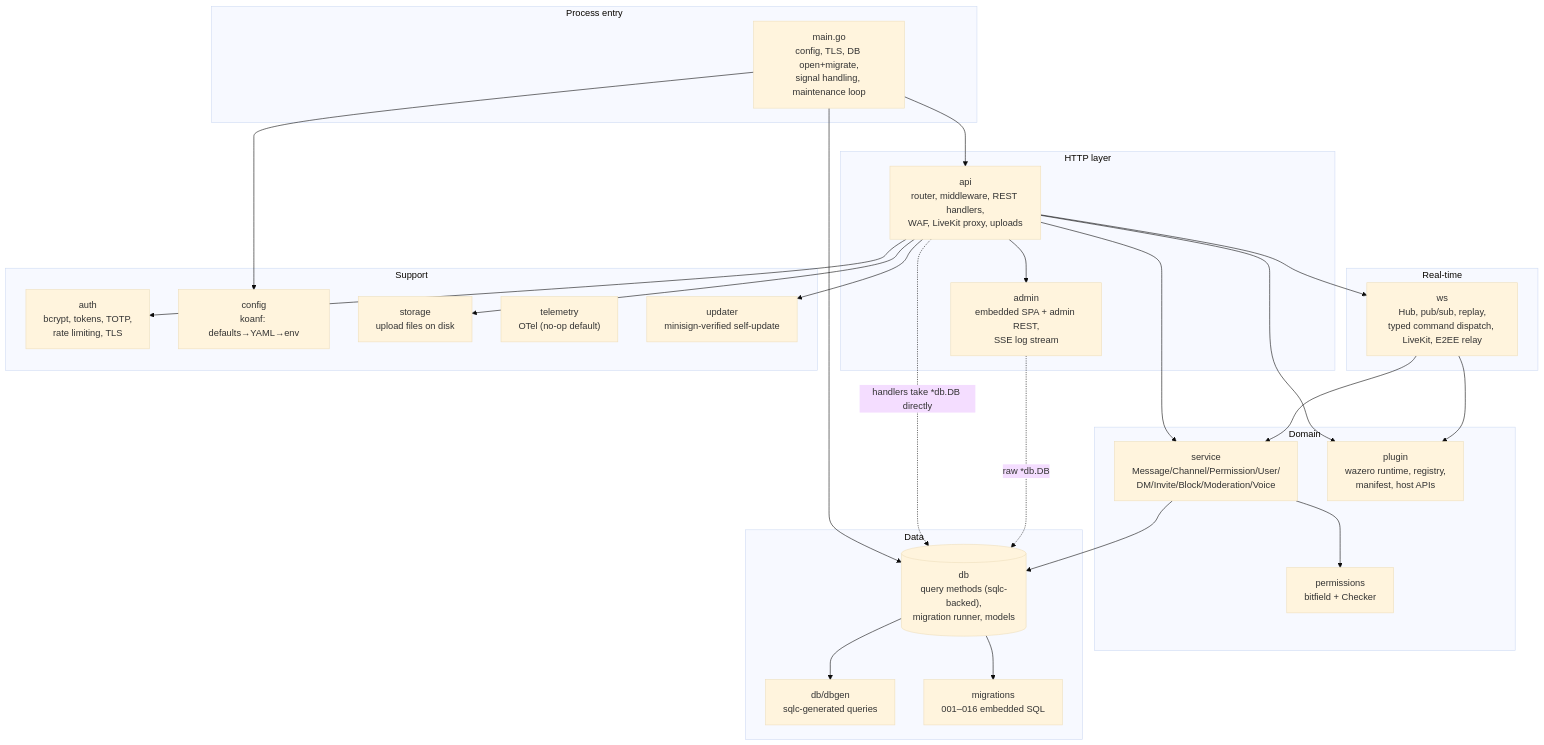
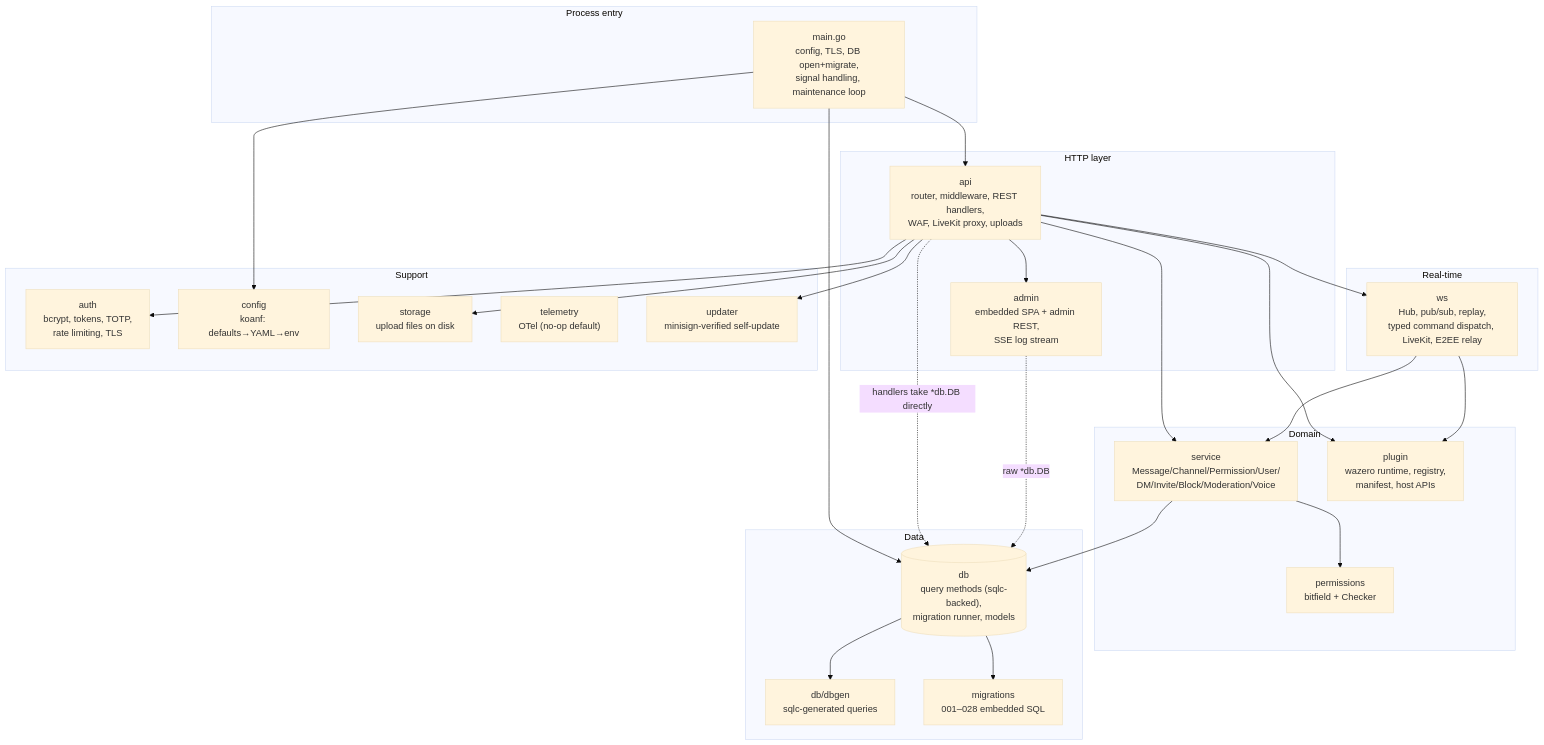
The first of 2 diagrams in docs/architecture/server.md (J3vb/OwnCord), drawn with Mermaid (base theme) before and after one commit. The commit also changed other lines of this file and 378 other files, not shown here.

````diff
--- a/docs/architecture/server.md
+++ b/docs/architecture/server.md
@@ -12,56 +12,56 @@
 ```mermaid
 flowchart TB
     subgraph entry ["Process entry"]
         MAIN["main.go<br/>config, TLS, DB open+migrate,<br/>signal handling, maintenance loop"]
     end
 
     subgraph http ["HTTP layer"]
         API["api<br/>router, middleware, REST handlers,<br/>WAF, LiveKit proxy, uploads"]
         ADMIN["admin<br/>embedded SPA + admin REST,<br/>SSE log stream"]
     end
 
     subgraph realtime ["Real-time"]
         WS["ws<br/>Hub, pub/sub, replay,<br/>typed command dispatch, LiveKit, E2EE relay"]
     end
 
     subgraph domain ["Domain"]
         SVC["service<br/>Message/Channel/Permission/User/<br/>DM/Invite/Block/Moderation/Voice"]
         PERM["permissions<br/>bitfield + Checker"]
         PLUGIN["plugin<br/>wazero runtime, registry,<br/>manifest, host APIs"]
     end
 
     subgraph data ["Data"]
         DB[("db<br/>query methods (sqlc-backed),<br/>migration runner, models")]
         DBGEN["db/dbgen<br/>sqlc-generated queries"]
-        MIG["migrations<br/>001–016 embedded SQL"]
+        MIG["migrations<br/>001–028 embedded SQL"]
     end
 
     subgraph support ["Support"]
         AUTH["auth<br/>bcrypt, tokens, TOTP,<br/>rate limiting, TLS"]
         CFG["config<br/>koanf: defaults→YAML→env"]
         STORAGE["storage<br/>upload files on disk"]
         TEL["telemetry<br/>OTel (no-op default)"]
         UPD["updater<br/>minisign-verified self-update"]
     end
 
     MAIN --> CFG
     MAIN --> API
     MAIN --> DB
     API --> ADMIN
     API --> WS
     API --> SVC
     API --> AUTH
     API --> STORAGE
     API --> UPD
     API --> PLUGIN
     SVC --> DB
     SVC --> PERM
     DB --> DBGEN
     DB --> MIG
     WS --> SVC
     WS --> PLUGIN
 
     %% Residual layering seam (dashed): raw *db.DB used above the service layer
     API -.->|"handlers take *db.DB directly"| DB
     ADMIN -.->|"raw *db.DB"| DB
 ```
````
